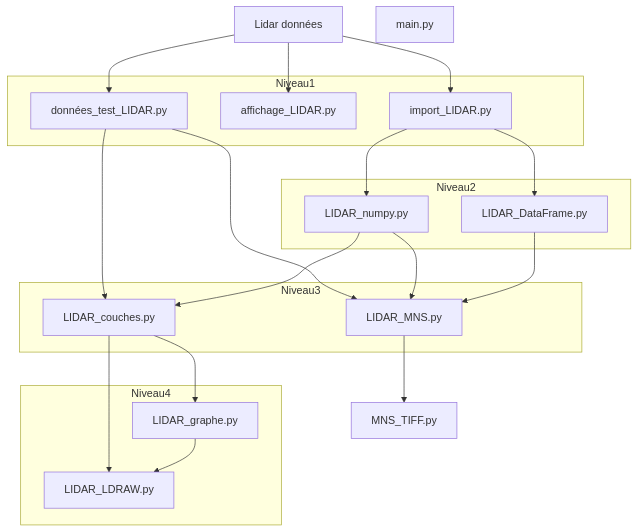
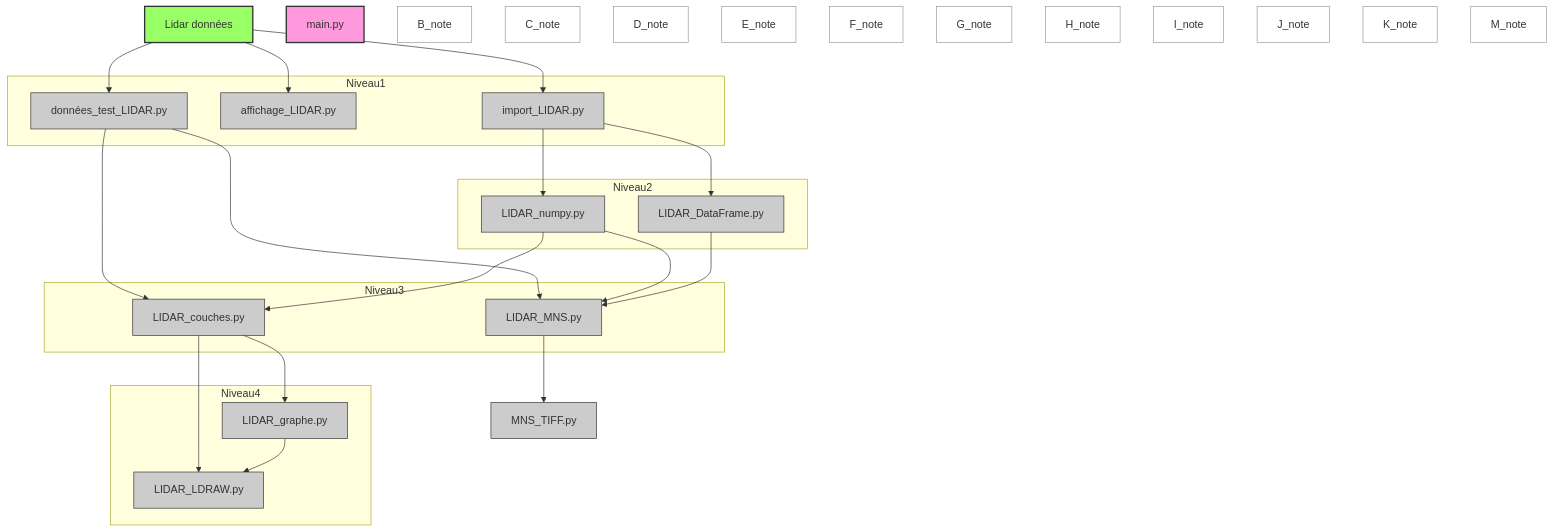
Before and after one commit to DanQue69/LEGO_Master: the diagram in Workflow.md, drawn with Mermaid.

````diff
--- a/Workflow.md
+++ b/Workflow.md
@@ -60,5 +60,32 @@
     M
 
 
+    %% Styles des couleurs
+    style A fill:#9f6,stroke:#333,stroke-width:2px
+    style B fill:#ccc,stroke:#333,stroke-width:1px
+    style C fill:#ccc,stroke:#333,stroke-width:1px
+    style D fill:#ccc,stroke:#333,stroke-width:1px
+    style E fill:#ccc,stroke:#333,stroke-width:1px
+    style F fill:#ccc,stroke:#333,stroke-width:1px
+    style G fill:#ccc,stroke:#333,stroke-width:1px
+    style H fill:#ccc,stroke:#333,stroke-width:1px
+    style I fill:#ccc,stroke:#333,stroke-width:1px
+    style J fill:#ccc,stroke:#333,stroke-width:1px
+    style K fill:#ccc,stroke:#333,stroke-width:1px
+    style M fill:#f9d,stroke:#333,stroke-width:2px
+
+    style B_note fill:#fff,stroke:#999,stroke-width:1px
+    style C_note fill:#fff,stroke:#999,stroke-width:1px
+    style D_note fill:#fff,stroke:#999,stroke-width:1px
+    style E_note fill:#fff,stroke:#999,stroke-width:1px
+    style F_note fill:#fff,stroke:#999,stroke-width:1px
+    style G_note fill:#fff,stroke:#999,stroke-width:1px
+    style H_note fill:#fff,stroke:#999,stroke-width:1px
+    style I_note fill:#fff,stroke:#999,stroke-width:1px
+    style J_note fill:#fff,stroke:#999,stroke-width:1px
+    style K_note fill:#fff,stroke:#999,stroke-width:1px
+    style M_note fill:#fff,stroke:#999,stroke-width:1px
+
+
     
 ```
````
